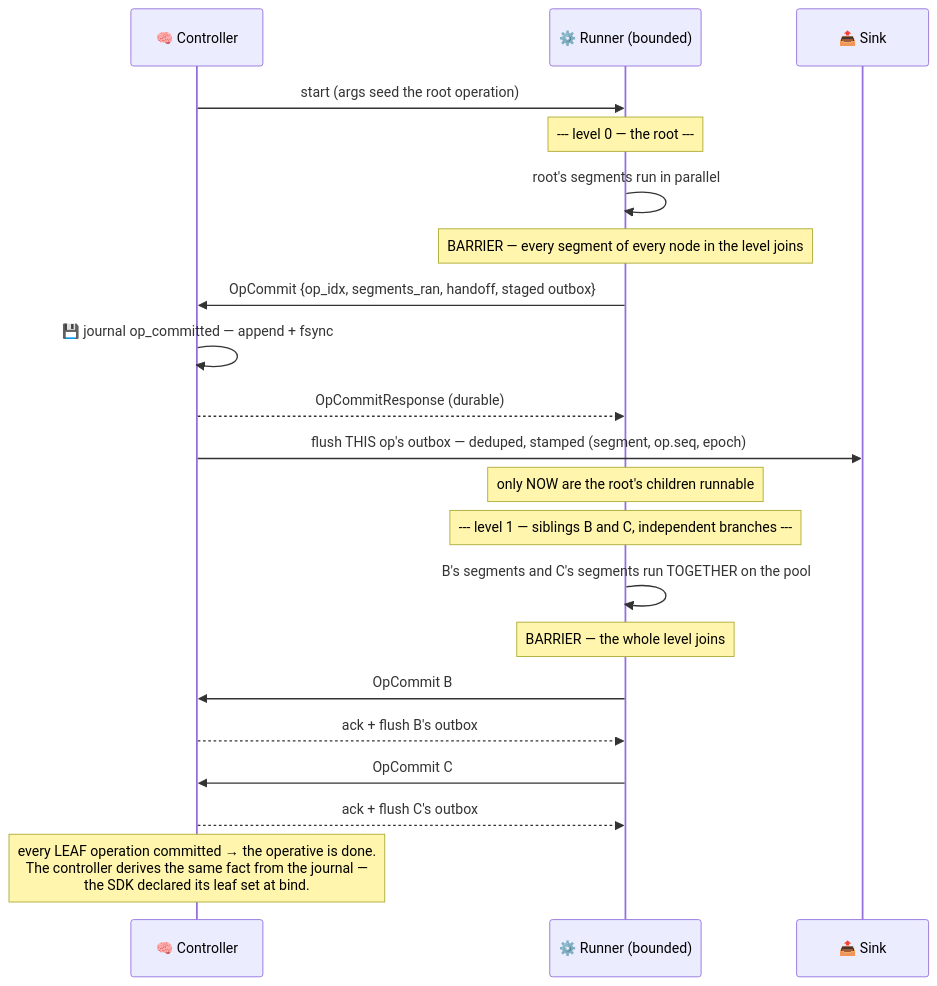
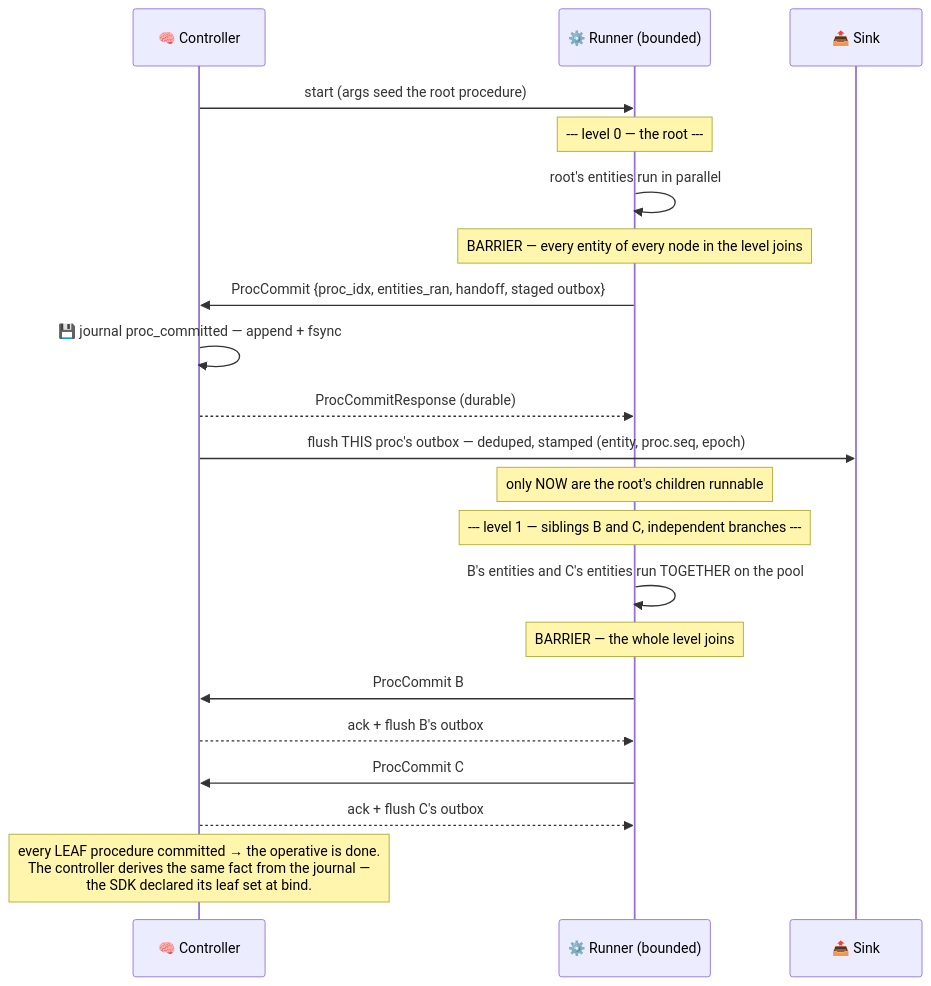
One commit to Flezha/flezha changed the second of 8 diagrams in docs/architecture/bounded_profile.md. Above: the diagram before and after it, drawn with Mermaid. The commit also changed other lines of this file and 658 other files, not shown here.

````diff
--- a/docs/architecture/bounded_profile.md
+++ b/docs/architecture/bounded_profile.md
@@ -105,25 +105,25 @@
 ```mermaid
 sequenceDiagram
     participant CTRL as 🧠 Controller
     participant EX as ⚙️ Runner (bounded)
     participant SINK as 📤 Sink
 
-    CTRL->>EX: start (args seed the root operation)
+    CTRL->>EX: start (args seed the root procedure)
     Note over EX: --- level 0 — the root ---
-    EX->>EX: root's segments run in parallel
-    Note over EX: BARRIER — every segment of every node in the level joins
-    EX->>CTRL: OpCommit {op_idx, segments_ran, handoff, staged outbox}
-    CTRL->>CTRL: 💾 journal op_committed — append + fsync
-    CTRL-->>EX: OpCommitResponse (durable)
-    CTRL->>SINK: flush THIS op's outbox — deduped, stamped (segment, op.seq, epoch)
+    EX->>EX: root's entities run in parallel
+    Note over EX: BARRIER — every entity of every node in the level joins
+    EX->>CTRL: ProcCommit {proc_idx, entities_ran, handoff, staged outbox}
+    CTRL->>CTRL: 💾 journal proc_committed — append + fsync
+    CTRL-->>EX: ProcCommitResponse (durable)
+    CTRL->>SINK: flush THIS proc's outbox — deduped, stamped (entity, proc.seq, epoch)
     Note over EX: only NOW are the root's children runnable
 
     Note over EX: --- level 1 — siblings B and C, independent branches ---
-    EX->>EX: B's segments and C's segments run TOGETHER on the pool
+    EX->>EX: B's entities and C's entities run TOGETHER on the pool
     Note over EX: BARRIER — the whole level joins
-    EX->>CTRL: OpCommit B
+    EX->>CTRL: ProcCommit B
     CTRL-->>EX: ack + flush B's outbox
-    EX->>CTRL: OpCommit C
+    EX->>CTRL: ProcCommit C
     CTRL-->>EX: ack + flush C's outbox
-    Note over CTRL: every LEAF operation committed → the operative is done.<br/>The controller derives the same fact from the journal —<br/>the SDK declared its leaf set at bind.
+    Note over CTRL: every LEAF procedure committed → the operative is done.<br/>The controller derives the same fact from the journal —<br/>the SDK declared its leaf set at bind.
 ```
````
